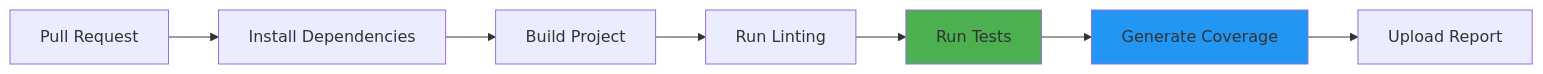
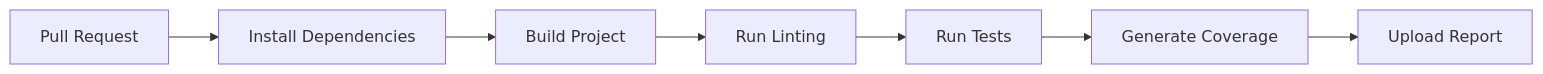
One commit to ausardcompany/alexi changed the fourth of 4 diagrams in docs/TESTING.md. Above: the diagram before and after it, drawn with Mermaid. The commit also changed other lines of this file and 6 other files, not shown here.

````diff
--- a/docs/TESTING.md
+++ b/docs/TESTING.md
@@ -735,12 +800,9 @@
 ```mermaid
 graph LR
     PR[Pull Request] --> Install[Install Dependencies]
     Install --> Build[Build Project]
     Build --> Lint[Run Linting]
     Lint --> Test[Run Tests]
     Test --> Coverage[Generate Coverage]
     Coverage --> Report[Upload Report]
-    
-    style Test fill:#4CAF50
-    style Coverage fill:#2196F3
 ```
````
